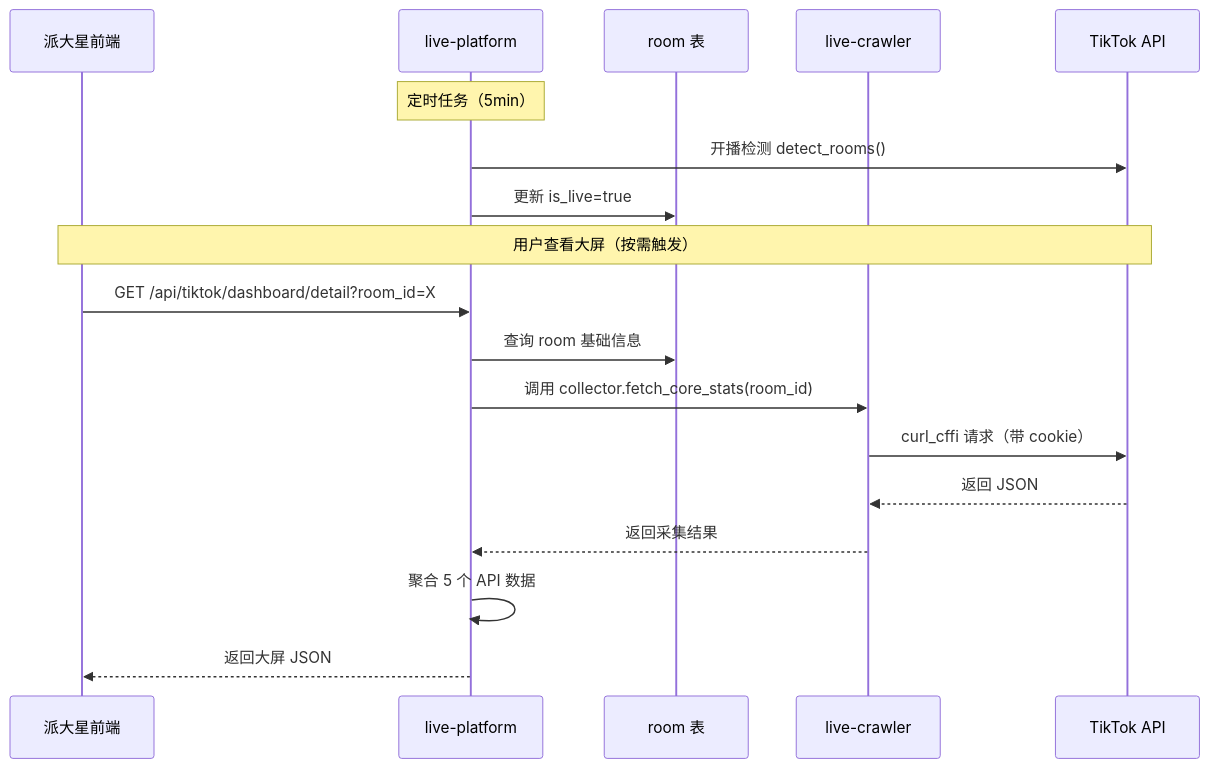
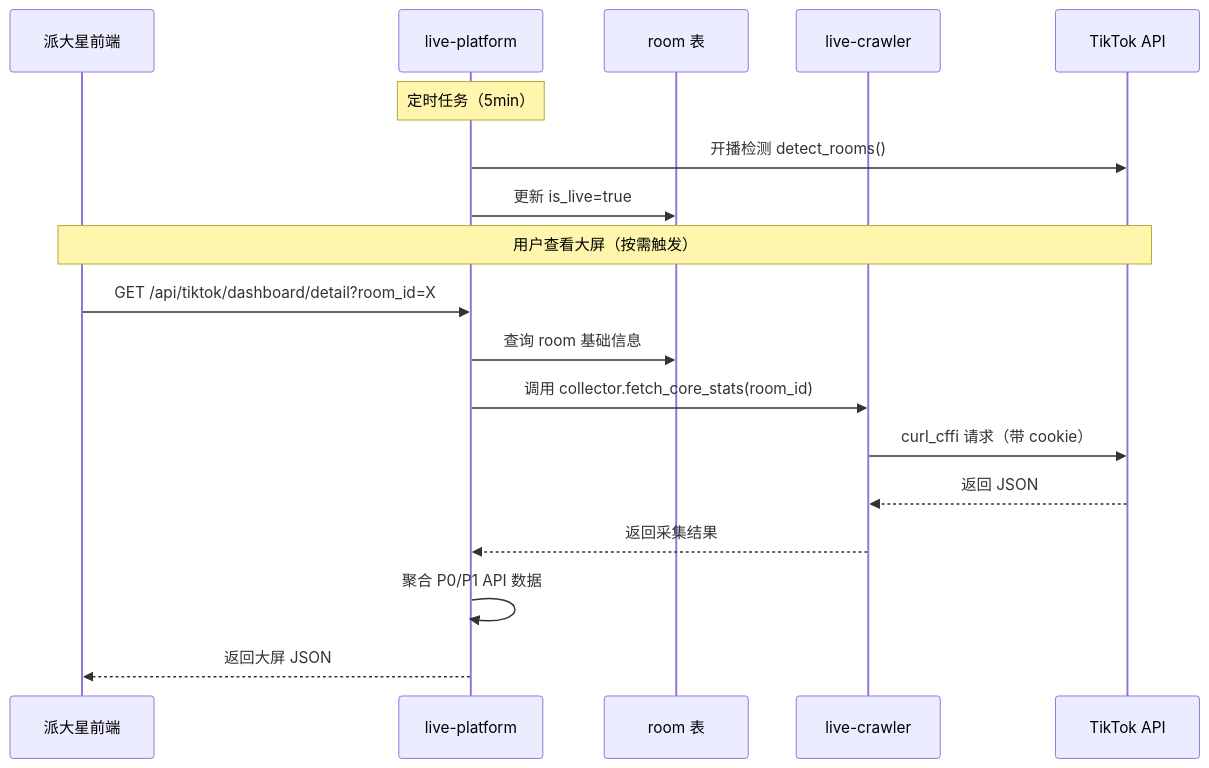
One commit to Tec-Do-bw/live-platform changed the diagram in docs/research/tiktok-live-dashboard-apis/README.md. Above: the diagram before and after it, drawn with Mermaid. The commit also changed other lines of this file and 11 other files, not shown here.

````diff
--- a/docs/research/tiktok-live-dashboard-apis/README.md
+++ b/docs/research/tiktok-live-dashboard-apis/README.md
@@ -82,22 +77,22 @@
 ```mermaid
 sequenceDiagram
     participant PD as 派大星前端
     participant LP as live-platform
     participant DB as room 表
     participant LC as live-crawler
     participant TK as TikTok API
 
     Note over LP: 定时任务（5min）
     LP->>TK: 开播检测 detect_rooms()
     LP->>DB: 更新 is_live=true
 
     Note over PD,TK: 用户查看大屏（按需触发）
     PD->>LP: GET /api/tiktok/dashboard/detail?room_id=X
     LP->>DB: 查询 room 基础信息
     LP->>LC: 调用 collector.fetch_core_stats(room_id)
     LC->>TK: curl_cffi 请求（带 cookie）
     TK-->>LC: 返回 JSON
     LC-->>LP: 返回采集结果
-    LP->>LP: 聚合 5 个 API 数据
+    LP->>LP: 聚合 P0/P1 API 数据
     LP-->>PD: 返回大屏 JSON
 ```
````
